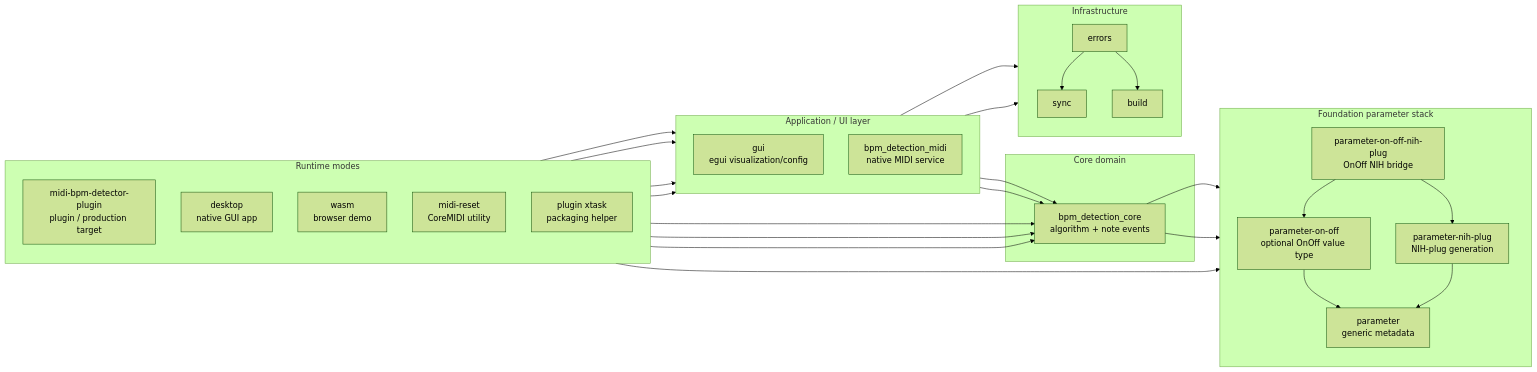
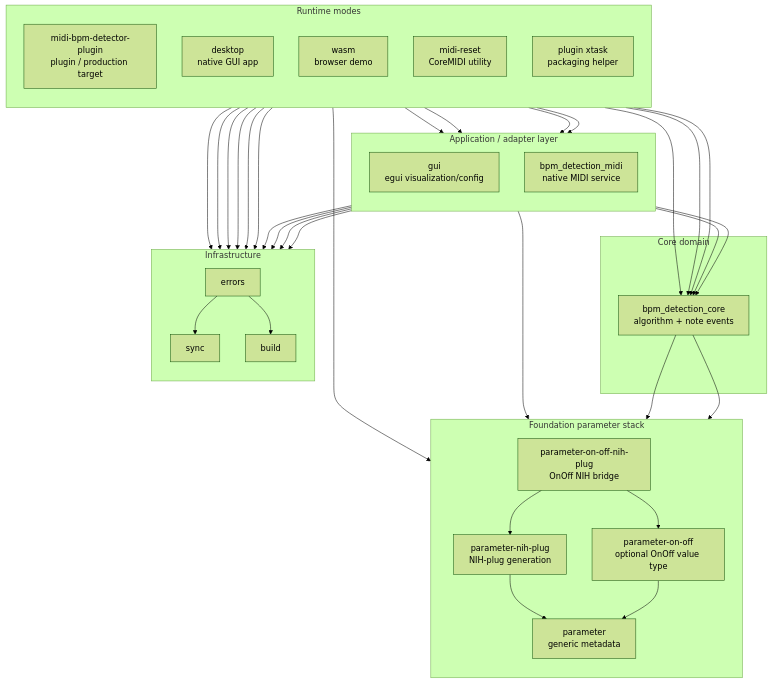
One commit to valsteen/midi_bpm_detection changed the diagram in rust/architecture.md. Above: the diagram before and after it, drawn with Mermaid (forest theme).

Commit message:
another attempt at making the dep graph github friendly

````diff
--- a/rust/architecture.md
+++ b/rust/architecture.md
@@ -24,63 +24,66 @@
 ```mermaid
-flowchart LR
-    subgraph modes["Runtime modes"]
-        direction TB
-        plugin["midi-bpm-detector-plugin<br/>plugin / production target"]
-        desktop["desktop<br/>native GUI app"]
-        wasm["wasm<br/>browser demo"]
-        midi_reset["midi-reset<br/>CoreMIDI utility"]
-        xtask["plugin xtask<br/>packaging helper"]
-    end
+flowchart TD
+  subgraph modes["Runtime modes"]
+    direction TB
+    plugin["midi-bpm-detector-plugin<br/>plugin / production target"]
+    desktop["desktop<br/>native GUI app"]
+    wasm["wasm<br/>browser demo"]
+    midi_reset["midi-reset<br/>CoreMIDI utility"]
+    xtask["plugin xtask<br/>packaging helper"]
+  end
 
-    subgraph app_layer["Application / UI layer"]
-        direction TB
-        gui["gui<br/>egui visualization/config"]
-        midi["bpm_detection_midi<br/>native MIDI service"]
-    end
+  subgraph adapters["Application / adapter layer"]
+    direction TB
+    gui["gui<br/>egui visualization/config"]
+    midi["bpm_detection_midi<br/>native MIDI service"]
+  end
 
-    subgraph domain["Core domain"]
-        core["bpm_detection_core<br/>algorithm + note events"]
-    end
+  subgraph domain["Core domain"]
+    core["bpm_detection_core<br/>algorithm + note events"]
+  end
 
-    subgraph foundation["Foundation parameter stack"]
-        direction TB
-        parameter_on_off_nih["parameter-on-off-nih-plug<br/>OnOff NIH bridge"]
-        parameter_nih["parameter-nih-plug<br/>NIH-plug generation"]
-        parameter_on_off["parameter-on-off<br/>optional OnOff value type"]
-        parameter["parameter<br/>generic metadata"]
-    end
+  subgraph foundation["Foundation parameter stack"]
+    direction TB
+    parameter_on_off_nih["parameter-on-off-nih-plug<br/>OnOff NIH bridge"]
+    parameter_nih["parameter-nih-plug<br/>NIH-plug generation"]
+    parameter_on_off["parameter-on-off<br/>optional OnOff value type"]
+    parameter["parameter<br/>generic metadata"]
+  end
 
-    subgraph infra["Infrastructure"]
-        direction TB
-        errors["errors"]
-        sync["sync"]
-        build["build"]
-    end
+  subgraph infra["Infrastructure"]
+    direction TB
+    errors["errors"]
+    sync["sync"]
+    build["build"]
+  end
 
-    plugin --> gui
-    plugin --> core
-    plugin --> parameter_on_off_nih
-
-    desktop --> gui
-    desktop --> midi
-    desktop --> core
-
-    wasm --> gui
-    wasm --> core
-
-    gui --> core
-    midi --> core
-
-    core --> parameter_on_off
-    parameter_on_off --> parameter
-
-    parameter_on_off_nih --> parameter_on_off
-    parameter_on_off_nih --> parameter_nih
-    parameter_nih --> parameter
-
-    gui --> infra
-    midi --> infra
-    core --> parameter
-    errors --> sync
-    errors --> build
+  plugin --> gui
+  plugin --> core
+  plugin --> parameter_on_off_nih
+  plugin --> errors
+  plugin --> sync
+  desktop --> gui
+  desktop --> midi
+  desktop --> core
+  desktop --> errors
+  desktop --> sync
+  desktop --> build
+  wasm --> gui
+  wasm --> core
+  wasm --> errors
+  gui --> core
+  gui --> parameter_on_off
+  gui --> errors
+  midi --> core
+  midi --> errors
+  midi --> sync
+  midi --> build
+  core --> parameter_on_off
+  core --> parameter
+  parameter_on_off_nih --> parameter_on_off
+  parameter_on_off_nih --> parameter_nih
+  parameter_nih --> parameter
+  parameter_on_off --> parameter
+  errors --> sync
+  errors --> build
 ```
````
